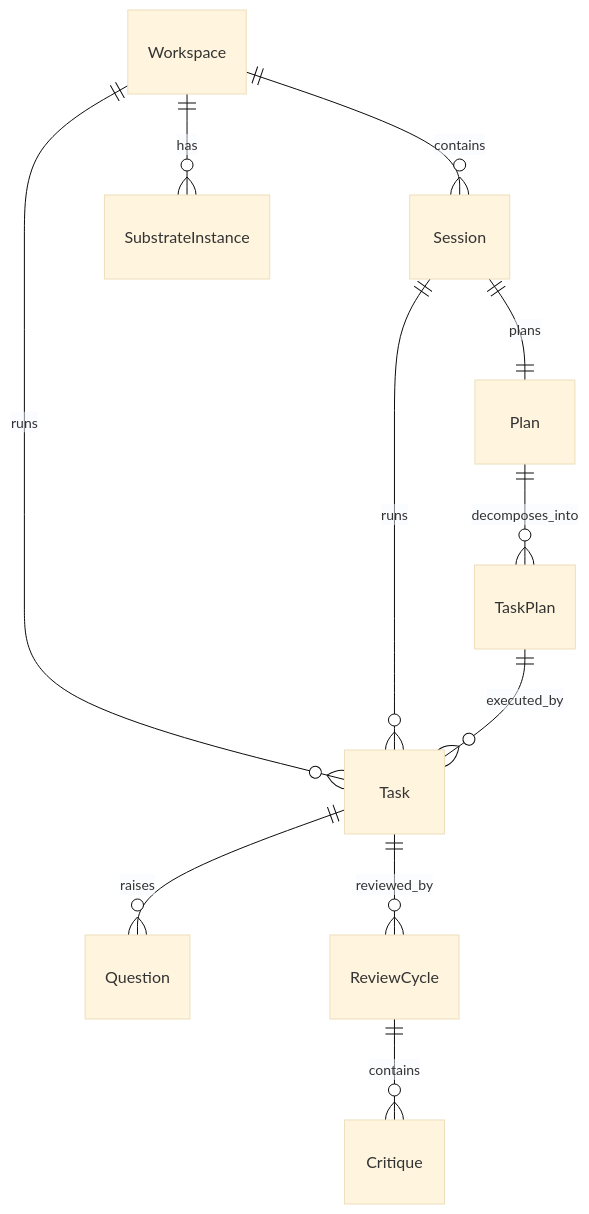
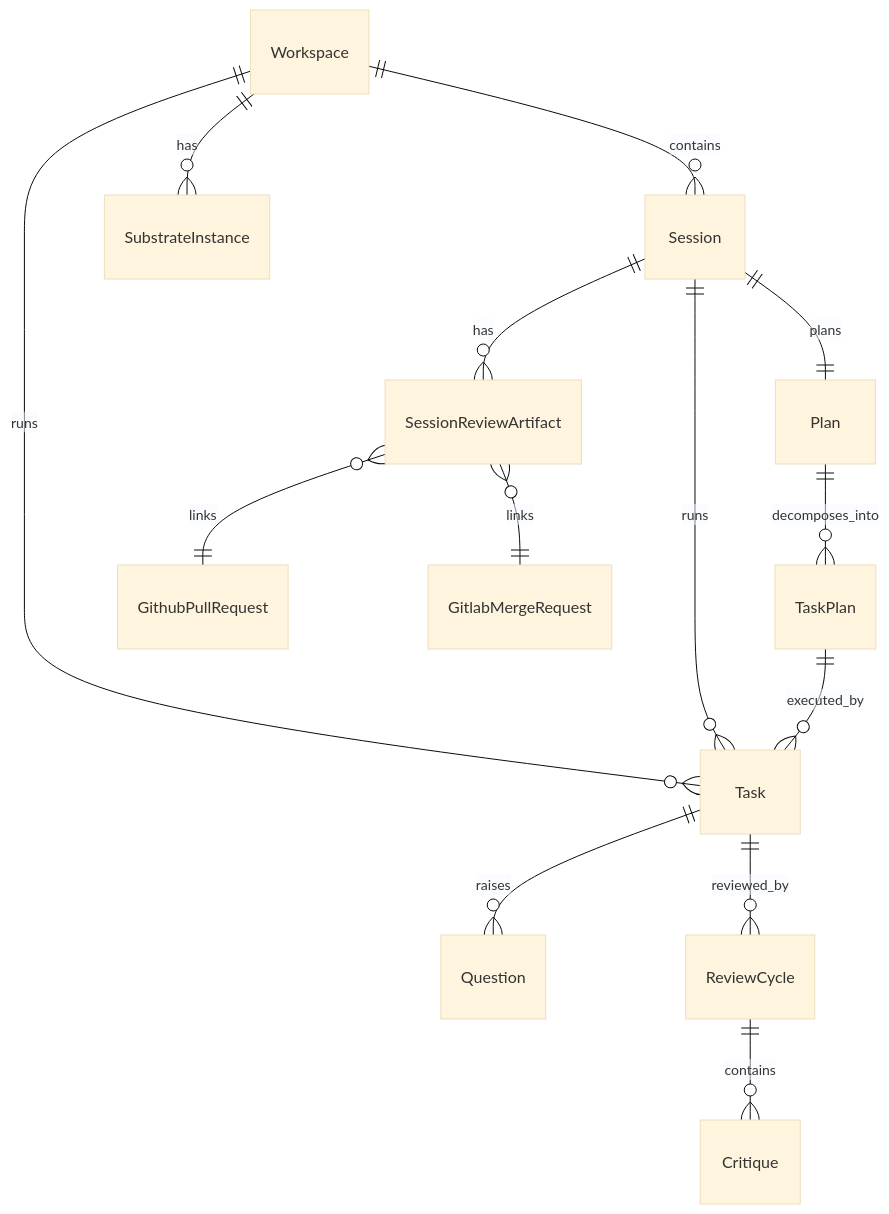
One commit to beeemT/substrate changed the third of 3 diagrams in docs/01-domain-model.md. Above: the diagram before and after it, drawn with Mermaid (base theme). The commit also changed other lines of this file and 8 other files, not shown here.

````diff
--- a/docs/01-domain-model.md
+++ b/docs/01-domain-model.md
@@ -449,13 +538,16 @@
 ```mermaid
 erDiagram
     Workspace ||--o{ Session : contains
     Session ||--|| Plan : plans
     Plan ||--o{ TaskPlan : decomposes_into
     Workspace ||--o{ Task : runs
     Session ||--o{ Task : runs
     TaskPlan ||--o{ Task : executed_by
     Task ||--o{ Question : raises
     Task ||--o{ ReviewCycle : reviewed_by
     ReviewCycle ||--o{ Critique : contains
     Workspace ||--o{ SubstrateInstance : has
+    Session ||--o{ SessionReviewArtifact : has
+    SessionReviewArtifact }o--|| GithubPullRequest : links
+    SessionReviewArtifact }o--|| GitlabMergeRequest : links
 ```
````
